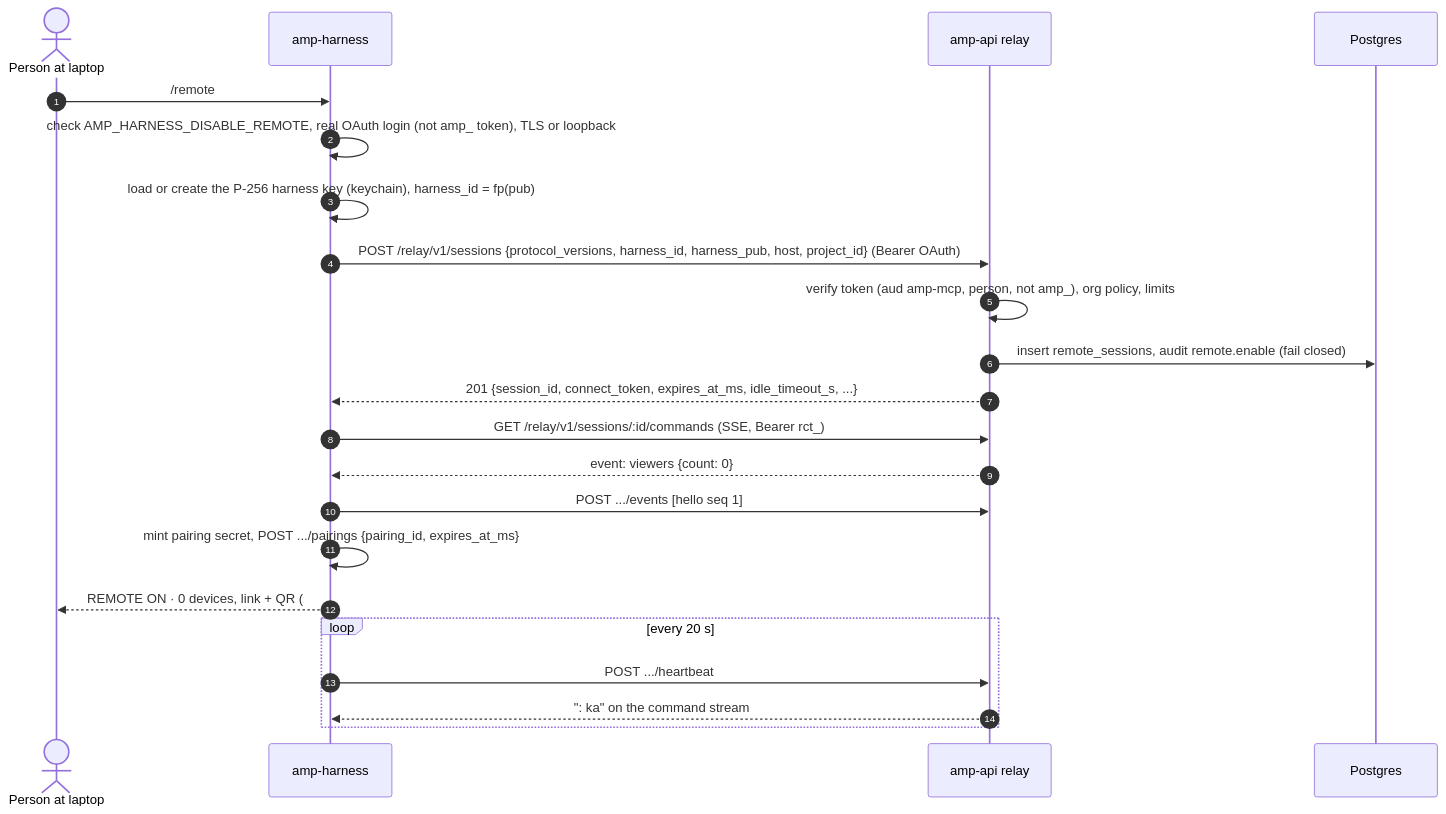
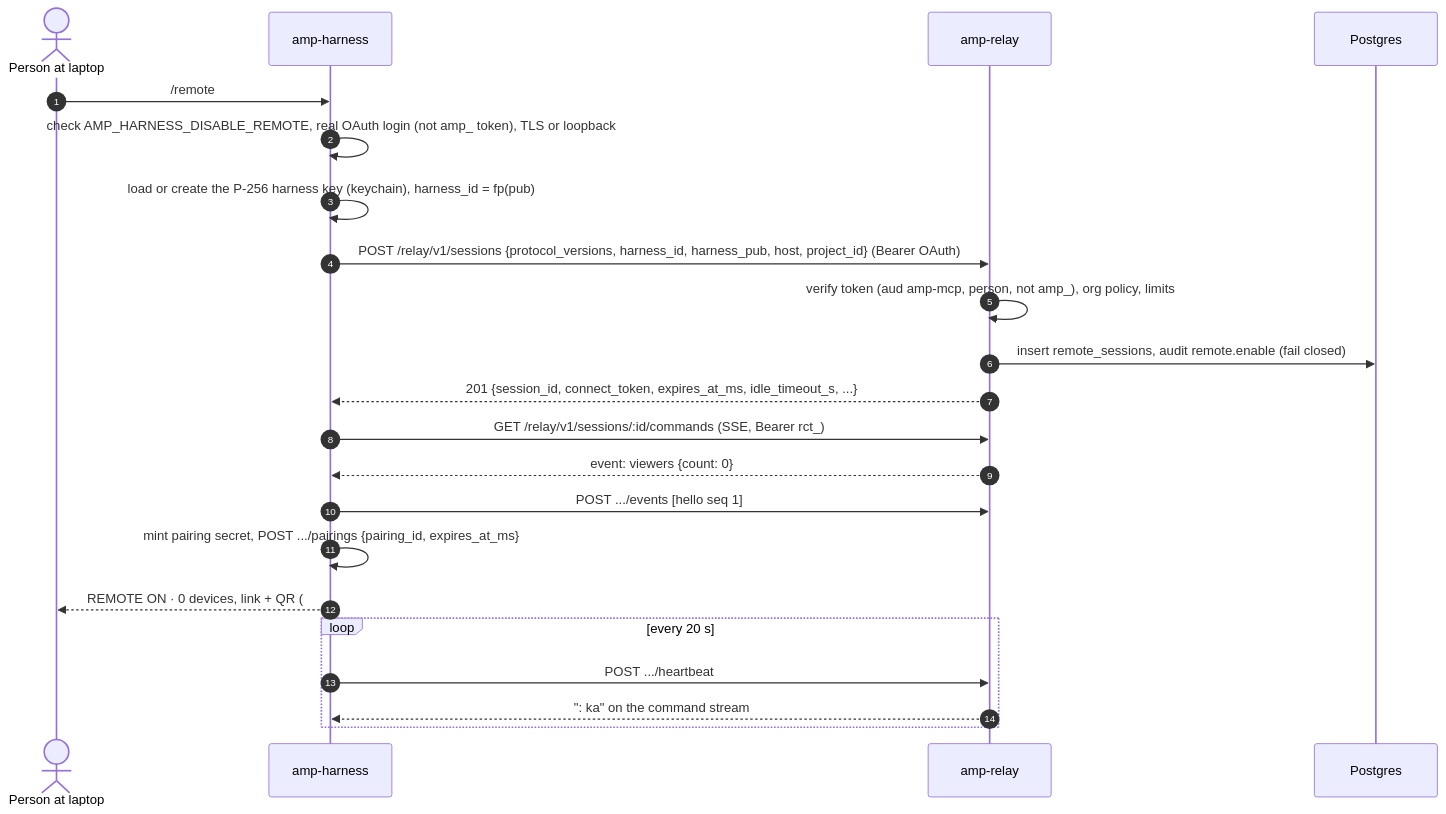
Before and after one commit to jacobsims214/amp: the second of 7 diagrams in v2/docs/remote-control/protocol.md, drawn with Mermaid. The commit also changed other lines of this file and 24 other files, not shown here.

First line of the commit message:
feat(amp-relay): split the remote control relay into its own service (#2387)

````diff
--- a/v2/docs/remote-control/protocol.md
+++ b/v2/docs/remote-control/protocol.md
@@ -1037,24 +1060,24 @@
 ```mermaid
 sequenceDiagram
   autonumber
   actor U as Person at laptop
   participant H as amp-harness
-  participant R as amp-api relay
+  participant R as amp-relay
   participant DB as Postgres
   U->>H: /remote
   H->>H: check AMP_HARNESS_DISABLE_REMOTE, real OAuth login (not amp_ token), TLS or loopback
   H->>H: load or create the P-256 harness key (keychain), harness_id = fp(pub)
   H->>R: POST /relay/v1/sessions {protocol_versions, harness_id, harness_pub, host, project_id} (Bearer OAuth)
   R->>R: verify token (aud amp-mcp, person, not amp_), org policy, limits
   R->>DB: insert remote_sessions, audit remote.enable (fail closed)
   R-->>H: 201 {session_id, connect_token, expires_at_ms, idle_timeout_s, ...}
   H->>R: GET /relay/v1/sessions/:id/commands (SSE, Bearer rct_)
   R-->>H: event: viewers {count: 0}
   H->>R: POST .../events [hello seq 1]
   H->>H: mint pairing secret, POST .../pairings {pairing_id, expires_at_ms}
   H-->>U: REMOTE ON · 0 devices, link + QR (#p=secret&h=harness_id)
   loop every 20 s
     H->>R: POST .../heartbeat
     R-->>H: ": ka" on the command stream
   end
 ```
````
